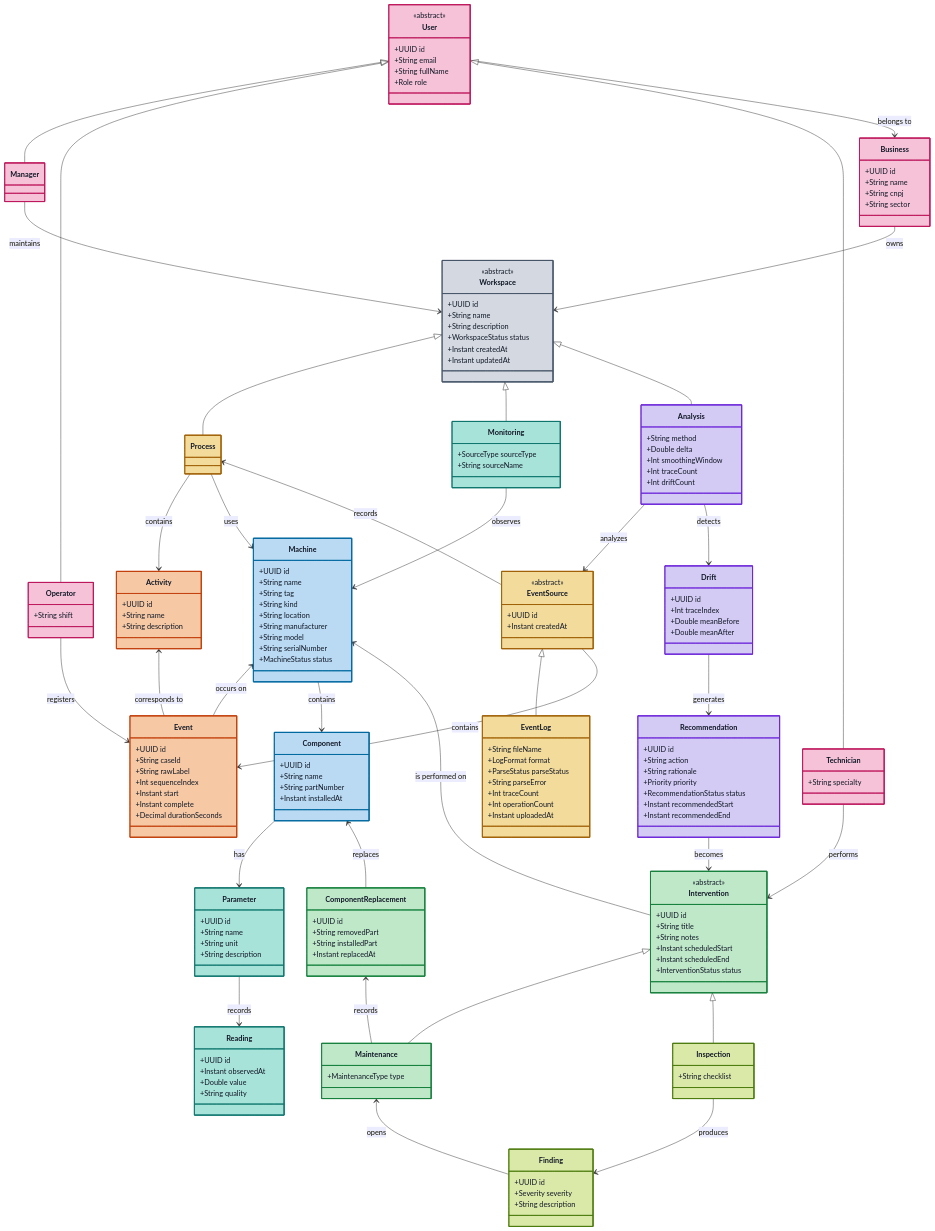
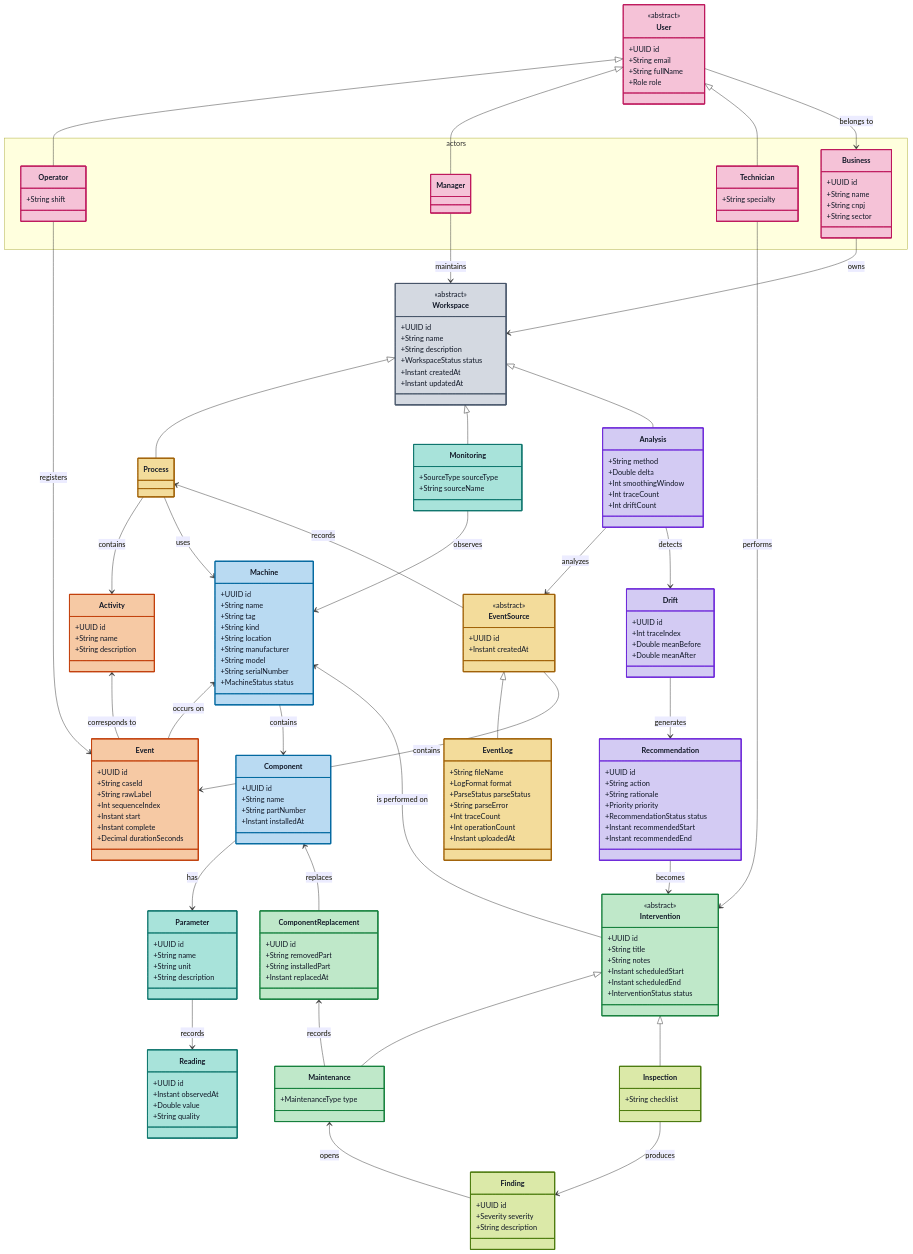
One commit to aland3r/deviante-docs changed the fourth of 13 diagrams in architecture/arc42.md. Above: the diagram before and after it, drawn with Mermaid.

Commit message:
arc42 §5.3: Manager entre Operator e Business no diagrama
Agrupa actors (Operator, Manager, Business, Technician) para o
layout horizontal e evita o Manager sobrepor a linha do Operator.

```diff
--- a/architecture/arc42.md
+++ b/architecture/arc42.md
@@ -407,18 +407,20 @@
       +String fullName
       +Role role
     }
-    class Manager
-    class Operator {
-      +String shift
-    }
-    class Technician {
-      +String specialty
-    }
-    class Business {
-      +UUID id
-      +String name
-      +String cnpj
-      +String sector
+    namespace actors {
+      class Operator {
+        +String shift
+      }
+      class Manager
+      class Business {
+        +UUID id
+        +String name
+        +String cnpj
+        +String sector
+      }
+      class Technician {
+        +String specialty
+      }
     }
     class Workspace {
       <<abstract>>
@@ -540,8 +542,8 @@
       +Instant replacedAt
     }
 
+    User <|-- Operator
     User <|-- Manager
-    User <|-- Operator
     User <|-- Technician
     User --> Business : belongs to
     Business --> Workspace : owns
```
